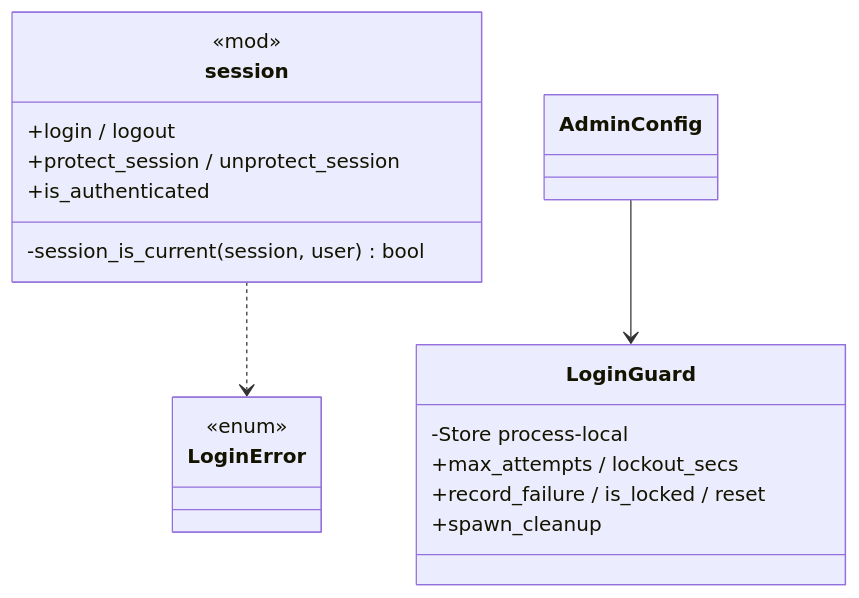
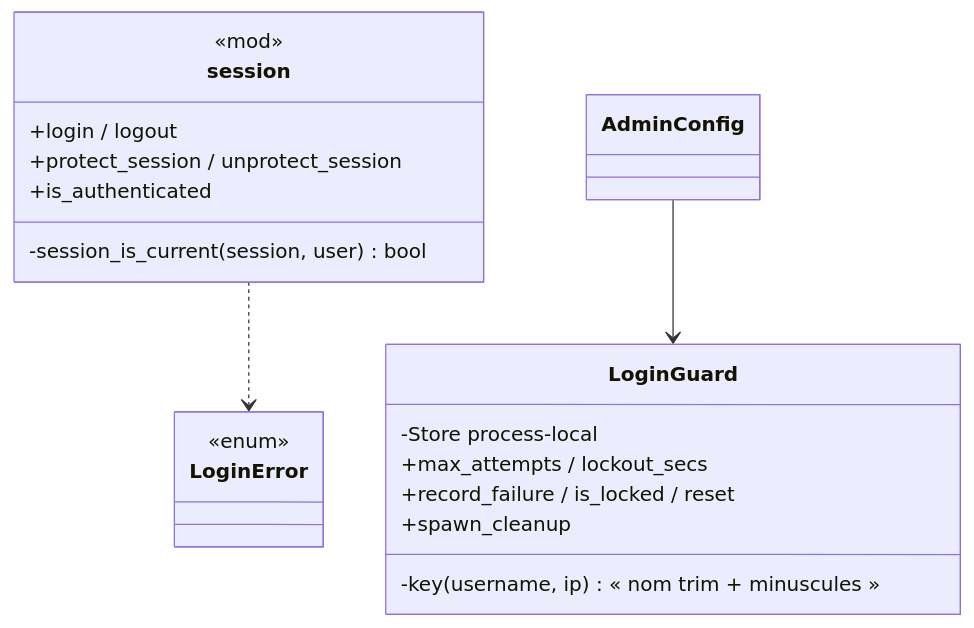
Before and after one commit to seb-alliot/runique: the fourth of 6 diagrams in diagramme/uml/auth/authentification.md, drawn with Mermaid. The commit also changed other lines of this file and 57 other files, not shown here.

Commit message:
fix few bug && diagramme

````diff
--- a/diagramme/uml/auth/authentification.md
+++ b/diagramme/uml/auth/authentification.md
@@ -116,21 +116,22 @@
 ```mermaid
 classDiagram
     class session {
         <<mod>>
         +login / logout
         +protect_session / unprotect_session
         +is_authenticated
         -session_is_current(session, user) bool
     }
     class LoginGuard {
         -Store process-local
         +max_attempts / lockout_secs
         +record_failure / is_locked / reset
         +spawn_cleanup
+        -key(username, ip)  « nom trim + minuscules »
     }
     class LoginError {
         <<enum>>
     }
     session ..> LoginError
     AdminConfig --> LoginGuard
 ```
````
